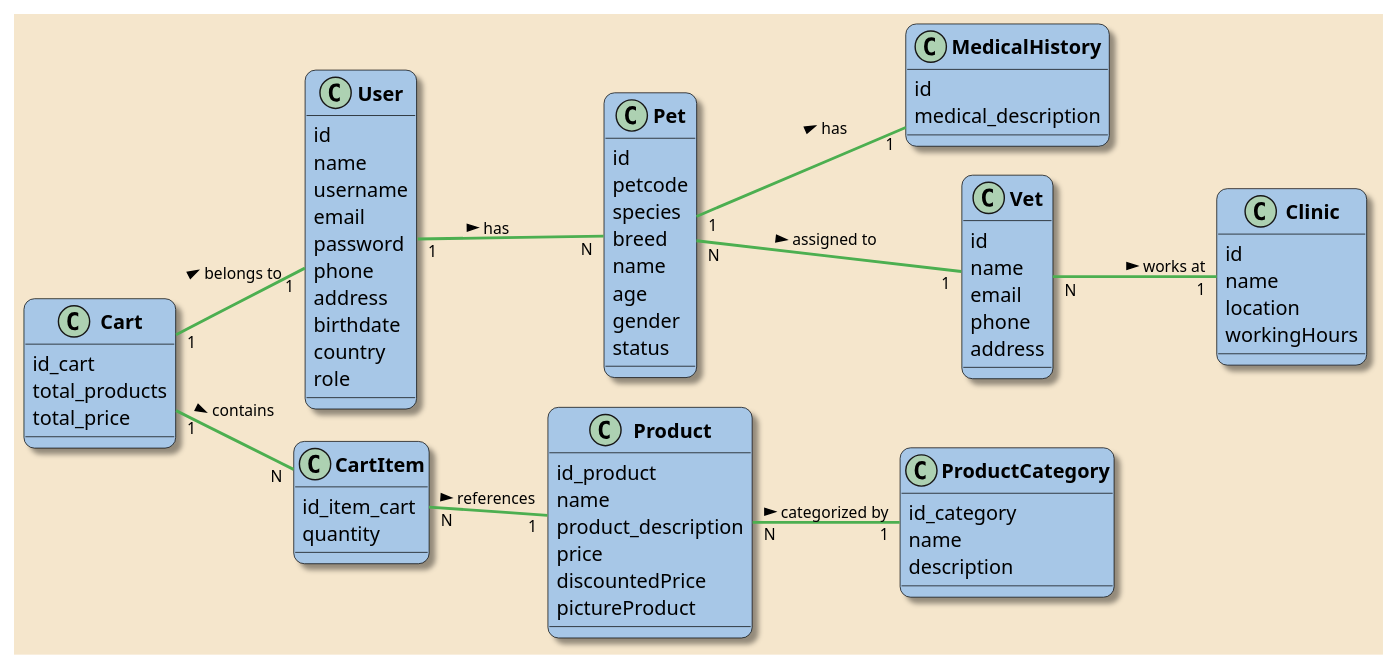
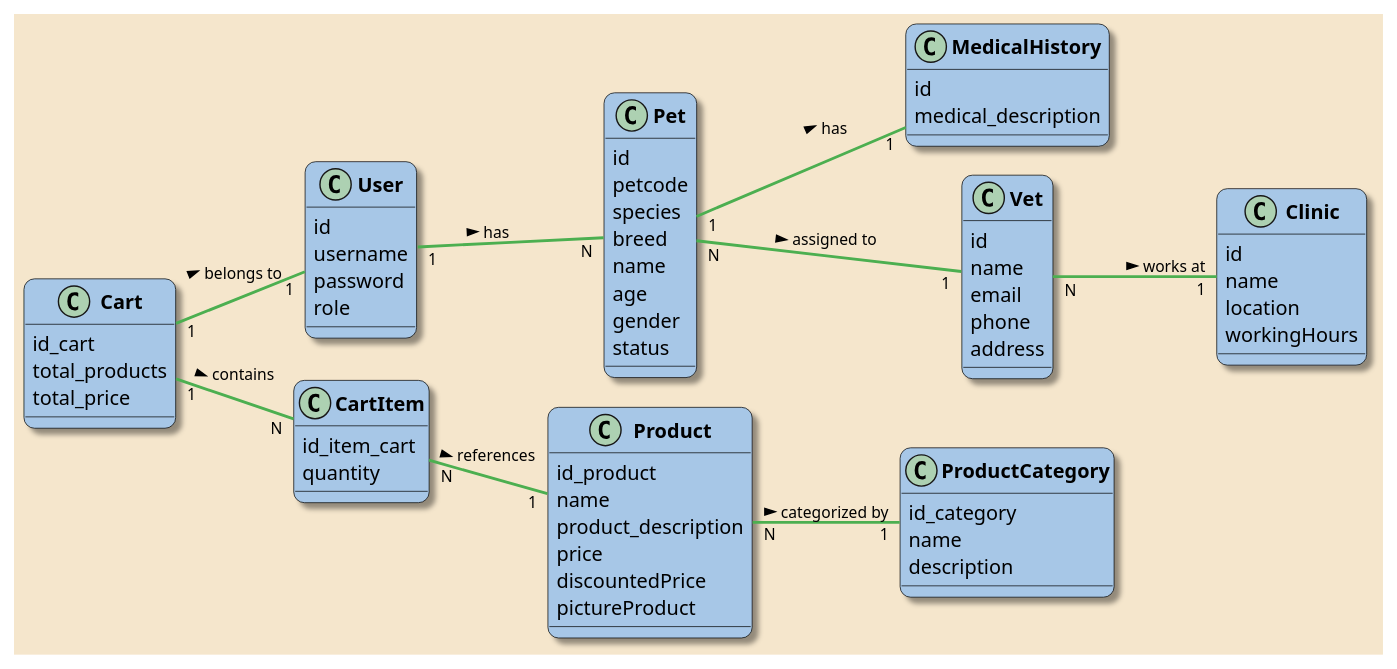
One commit to Vet-and-Go/tienda-back changed the diagram in VetAndGo/src/public/diagrama.puml. Above: the diagram before and after it, drawn with PlantUML. The commit also changed 50 other files, not shown here.

```diff
--- a/VetAndGo/src/public/diagrama.puml
+++ b/VetAndGo/src/public/diagrama.puml
@@ -1,111 +1,105 @@
 @startuml
 'Direccion of the diagram'
 left to right direction
 'Used style'
 skinparam backgroundColor #F5E6CC
 'Classes'
 skinparam classBackgroundColor #A7C7E7
 skinparam classBorderColor #000000
 skinparam shadowing true
 skinparam roundcorner 15
 'Titles'
 skinparam classFontColor #000000
 skinparam classFontStyle bold
 'Relationships'
 skinparam classArrowColor #4CAF50
 skinparam classArrowThickness 2
 skinparam classArrowFontColor black
 skinparam classArrowFontSize 11
 skinparam nodesep 20
 skinparam ranksep 5
 
 
 
 
 ' Entities'
 class User{
     id
-    name
     username
-    email
     password
-    phone
-    address
-    birthdate
-    country
     role
 }
 
 class Pet {
     id
     petcode
     species
     breed
     name
     age
     gender
     status
 }
 
 class MedicalHistory{
     id
     medical_description
 }
 
 class Vet {
     id
     name
     email
     phone
     address
 }
 
 class Clinic {
     id
     name
     location
     workingHours
 }
 
 class Cart{
     id_cart
     total_products
     total_price
 }
 
 class CartItem{
     id_item_cart
     quantity
 }
 
 class Product{
     id_product
     name
     product_description
     price
     discountedPrice
     pictureProduct
 }
 
 class ProductCategory{
     id_category
     name
     description
 }
 
 
 'Relationships'
 User "1" -- "N" Pet : has >
 Pet "1" -- "1" MedicalHistory : has >
 Pet "N" -- "1" Vet : assigned to >
 Vet "N" -- "1" Clinic : works at >
 Cart "1" -- "N" CartItem : contains >
 CartItem "N" -- "1" Product : references >
 Cart "1" -- "1" User : belongs to >
 Product "N" -- "1" ProductCategory : categorized by >
 
 
 
 
 
 @enduml
```
